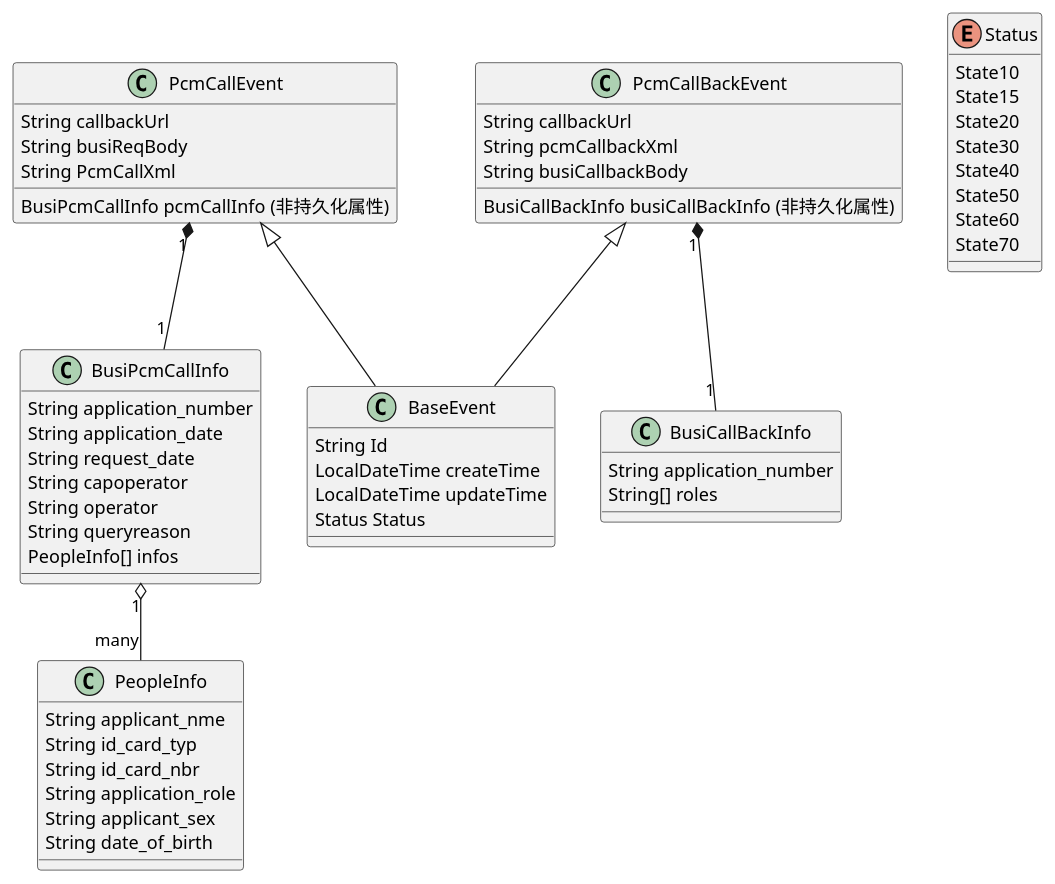
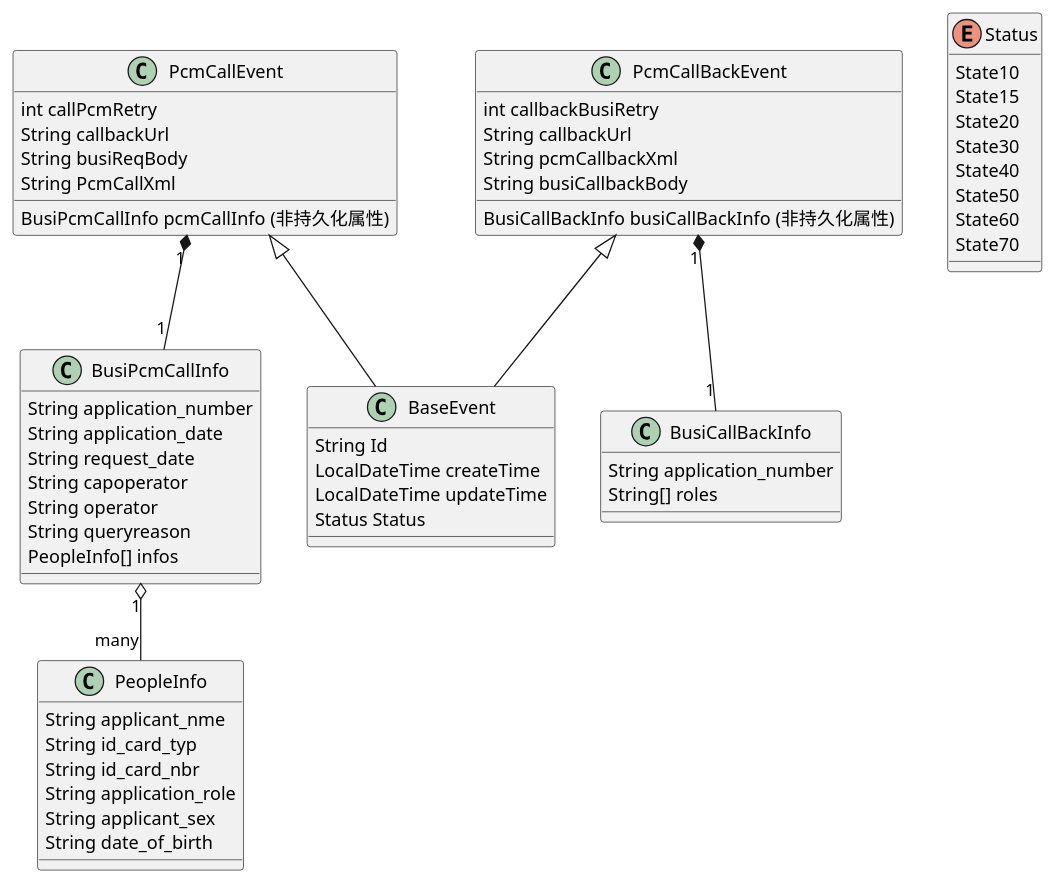
The fourth of 5 diagrams in PcmDispatcher设计文档.md (0xff1234/xiaoshujiang), drawn with PlantUML before and after one commit. The commit also changed other lines of this file, not shown here.

Commit message:
修改文件: PcmDispatcher设计文档.md

````diff
--- a/PcmDispatcher设计文档.md
+++ b/PcmDispatcher设计文档.md
@@ -146,66 +146,68 @@
 ``` plantuml!
 @startuml
 class BaseEvent {
   String Id
   LocalDateTime createTime
   LocalDateTime updateTime
   Status Status
 }
 
 class PcmCallEvent {
+  int callPcmRetry
   String callbackUrl
   String busiReqBody
   String PcmCallXml
   BusiPcmCallInfo pcmCallInfo (非持久化属性)
 }
 
 class PcmCallBackEvent {
+  int callbackBusiRetry
   String callbackUrl
   String pcmCallbackXml
   String busiCallbackBody
   BusiCallBackInfo busiCallBackInfo (非持久化属性)
 }
 
 class BusiCallBackInfo{
   String application_number
   String[] roles 
 }
 
 class BusiPcmCallInfo{
   String application_number
   String application_date
   String request_date
   String capoperator
   String operator
   String queryreason
   PeopleInfo[] infos 
 }
 
 class PeopleInfo{
   String applicant_nme
   String id_card_typ
   String id_card_nbr
   String application_role
   String applicant_sex
   String date_of_birth
 }
 
 BusiPcmCallInfo "1" o-- "many" PeopleInfo
 PcmCallEvent <|-- BaseEvent
 PcmCallEvent "1" *-- "1" BusiPcmCallInfo
 
 PcmCallBackEvent <|-- BaseEvent
 PcmCallBackEvent "1" *-- "1" BusiCallBackInfo
 
 enum Status {
   State10
   State15
   State20
   State30
   State40
   State50
   State60
   State70
 }
 @enduml
 ```
````
